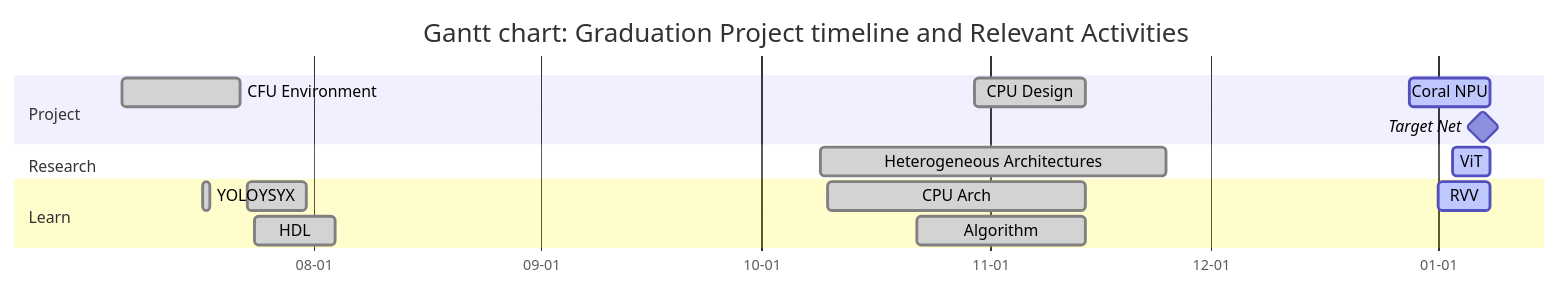
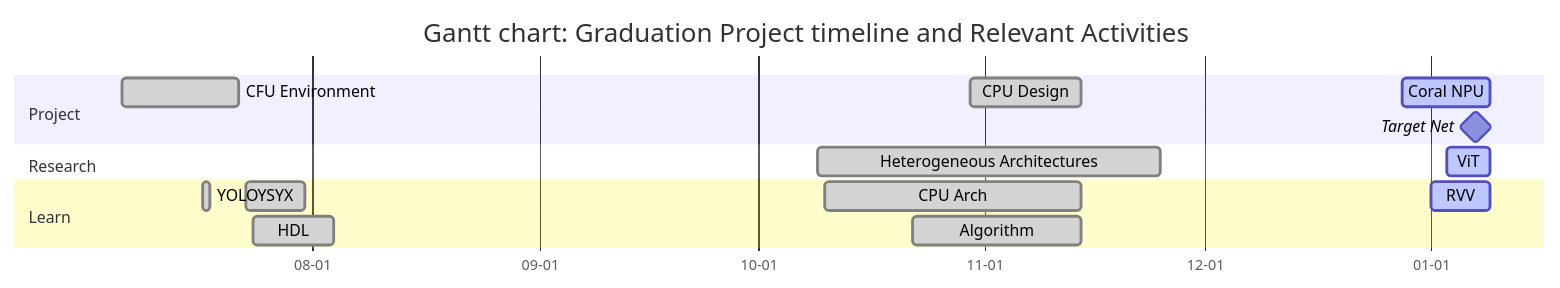
One commit to Marcobisky/Marcobisky.github.io changed the first of 3 diagrams in tinyml/index.qmd. Above: the diagram before and after it, drawn with Mermaid. The commit also changed other lines of this file and 9 other files, not shown here.

````diff
--- a/tinyml/index.qmd
+++ b/tinyml/index.qmd
@@ -48,34 +48,34 @@
 ```{mermaid}
 ---
 displayMode: compact
 ---
 %%| label: fig-graduation-timeline
 %%| fig-cap: "Gantt Chart"
 %%| fig-width: 10
 %%| fig-height: 6
 
 gantt
     title Gantt chart: Graduation Project timeline and Relevant Activities
     dateFormat  YYYY-MM-DD
     axisFormat  %m-%d
     tickInterval 14d
 
     section Project
         CFU Environment :done, 2025-07-06, 2025-07-22
         CPU Design :done, 2025-10-30, 2025-11-14
-        Coral NPU :active, 2025-12-28, 2026-01-08
+        Coral NPU :active, 2025-12-28, 2026-01-09
         Target Net :milestone, 2026-01-07, 0d
 
     section Research
         Heterogeneous Architectures :done, 2025-10-09, 2025-11-25
-        ViT :active, 2026-01-03, 2026-01-08
+        ViT :active, 2026-01-03, 2026-01-09
 
     section Learn
         YSYX :done, 2025-07-23, 2025-07-31
         HDL :done, 2025-07-24, 2025-08-04
         YOLO :done, 2025-07-17, 1d
         CPU Arch :done, 2025-10-10, 2025-11-14
         Algorithm :done, 2025-10-22, 2025-11-14
-        RVV :active, 2026-01-01, 2026-01-08
+        RVV :active, 2026-01-01, 2026-01-09
 
 ```
````
